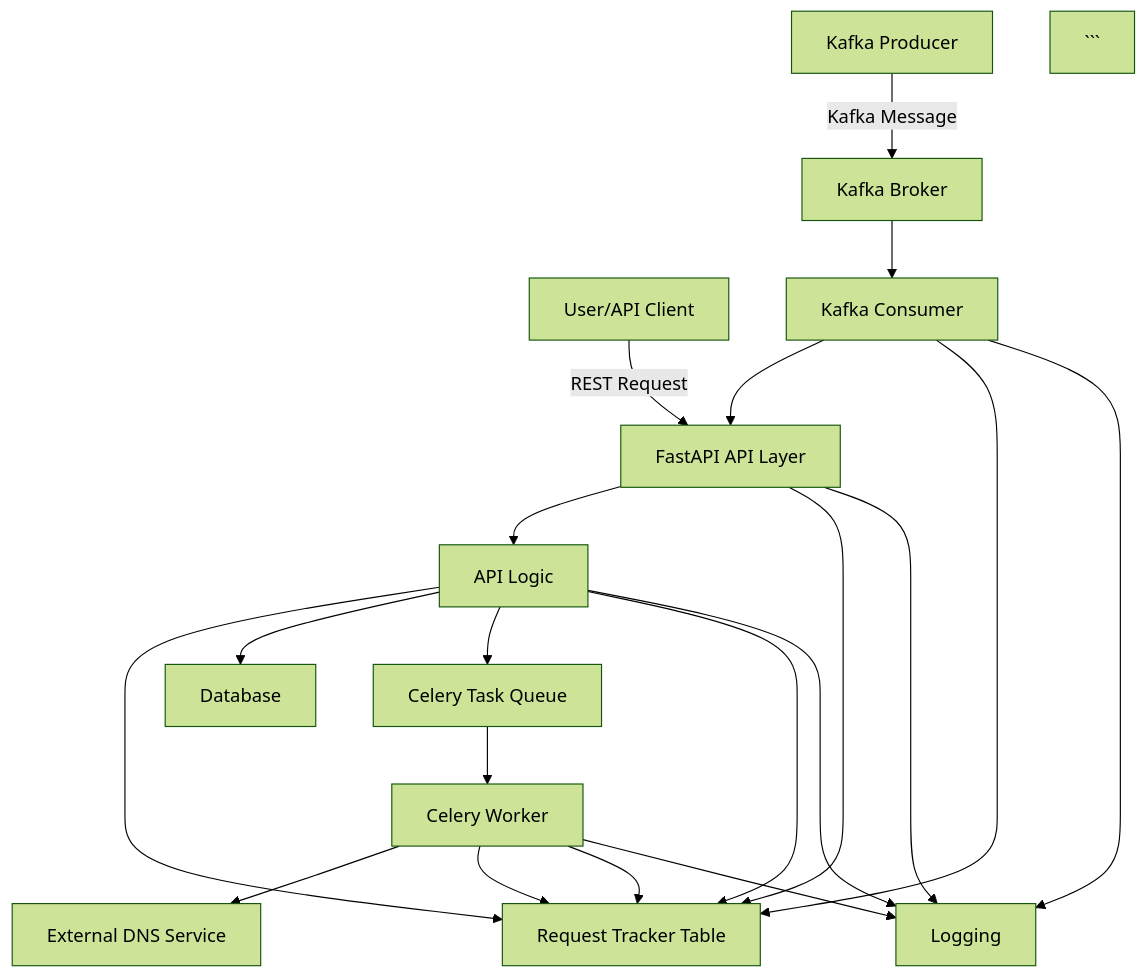
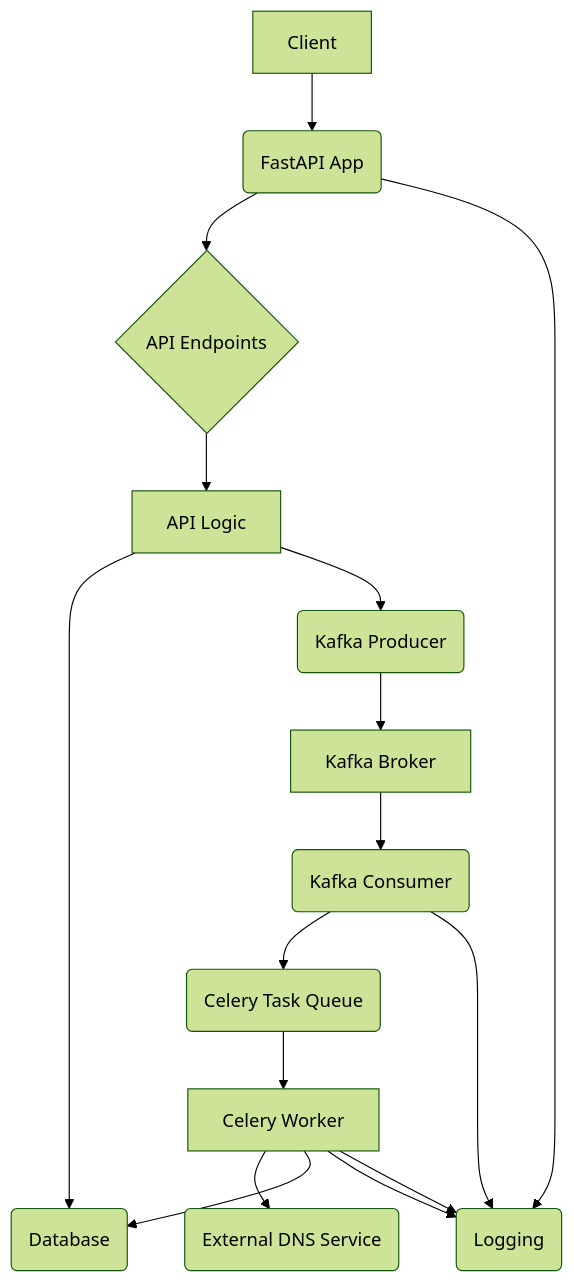
Before and after one commit to Nik35/FastAPIStructure: the diagram in ARCHITECTURE.md, drawn with Mermaid (forest theme). The commit also changed other lines of this file and 3 other files, not shown here.

````diff
--- a/ARCHITECTURE.md
+++ b/ARCHITECTURE.md
@@ -9,36 +9,18 @@
 ```mermaid
 graph TD
-    UserAPI[User/API Client]
-    KafkaProd[Kafka Producer]
-    KafkaBroker[Kafka Broker]
-    KafkaCons[Kafka Consumer]
-    FastAPI[FastAPI API Layer]
-    APILogic[API Logic]
-    ReqTracker[Request Tracker Table]
-    DB[Database]
-    CeleryQ[Celery Task Queue]
-    CeleryW[Celery Worker]
-    DNSService[External DNS Service]
-    Logging[Logging]
-
-    UserAPI -->|REST Request| FastAPI
-    KafkaProd -->|Kafka Message| KafkaBroker
-    KafkaBroker --> KafkaCons
-        KafkaCons --> FastAPI
-    FastAPI --> APILogic
-    APILogic --> ReqTracker
-    APILogic --> DB
-    APILogic --> CeleryQ
-    CeleryQ --> CeleryW
-    CeleryW --> DNSService
-    CeleryW --> ReqTracker
-    FastAPI --> ReqTracker
-    KafkaCons --> ReqTracker
-    APILogic --> ReqTracker
-    CeleryW --> ReqTracker
-    FastAPI --> Logging
-    KafkaCons --> Logging
-    CeleryW --> Logging
-        APILogic --> Logging
-    ```
+    A[Client] --> B(FastAPI App)
+    B --> C{API Endpoints}
+    C --> D[API Logic]
+    D --> E(Database)
+    D --> F(Kafka Producer)
+    F --> G[Kafka Broker]
+    G --> H(Kafka Consumer)
+    H --> I(Celery Task Queue)
+    I --> J[Celery Worker]
+    J --> K(External DNS Service)
+    J --> E
+    J --> L(Logging)
+    B --> L
+    H --> L
+    J --> L
 ```
````
